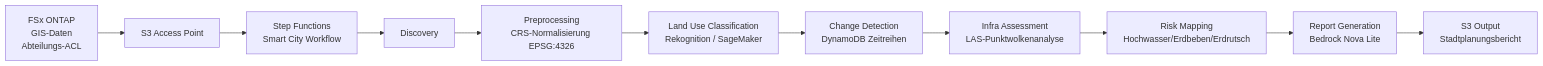
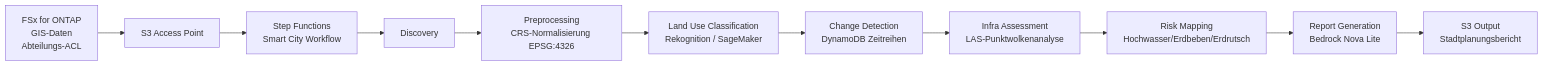
The diagram in smart-city-geospatial/docs/architecture.de.md (Yoshiki0705/FSx-for-ONTAP-S3AccessPoints-Serverless-Patterns), drawn with Mermaid before and after one commit. The commit also changed other lines of this file and 752 other files, not shown here.

````diff
--- a/smart-city-geospatial/docs/architecture.de.md
+++ b/smart-city-geospatial/docs/architecture.de.md
@@ -15,13 +15,13 @@
 ```mermaid
 graph LR
-    FSx[FSx ONTAP<br/>GIS-Daten<br/>Abteilungs-ACL] --> S3AP[S3 Access Point]
+    FSx[FSx for ONTAP<br/>GIS-Daten<br/>Abteilungs-ACL] --> S3AP[S3 Access Point]
     S3AP --> SFN[Step Functions<br/>Smart City Workflow]
     SFN --> L1[Discovery]
     L1 --> L2[Preprocessing<br/>CRS-Normalisierung EPSG:4326]
     L2 --> L3[Land Use Classification<br/>Rekognition / SageMaker]
     L3 --> L4[Change Detection<br/>DynamoDB Zeitreihen]
     L4 --> L5[Infra Assessment<br/>LAS-Punktwolkenanalyse]
     L5 --> L6[Risk Mapping<br/>Hochwasser/Erdbeben/Erdrutsch]
     L6 --> L7[Report Generation<br/>Bedrock Nova Lite]
     L7 --> S3O[S3 Output<br/>Stadtplanungsbericht]
 ```
````
